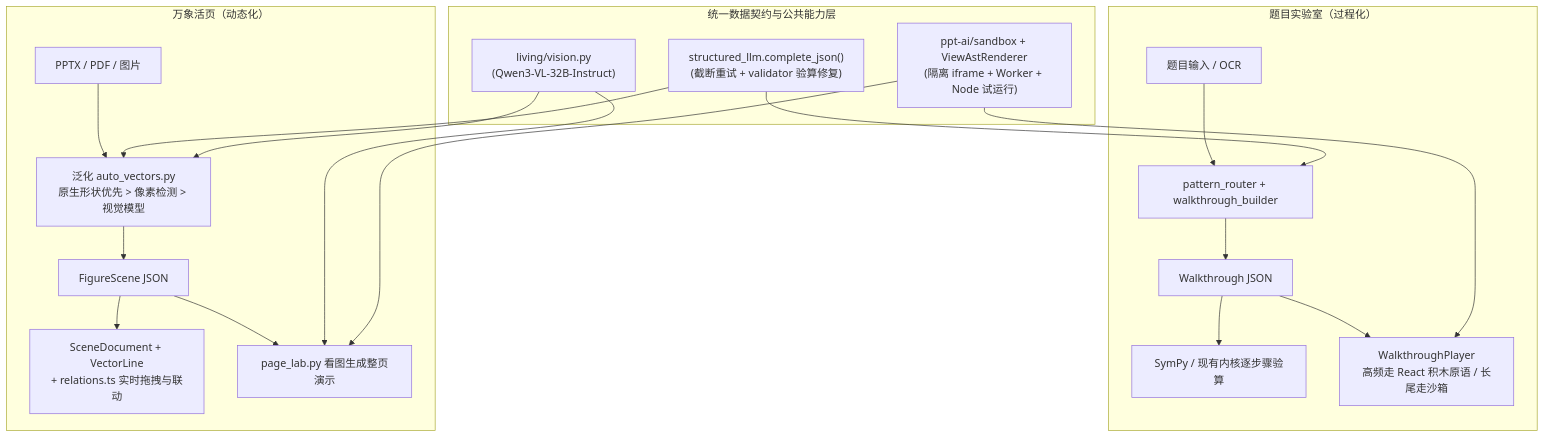
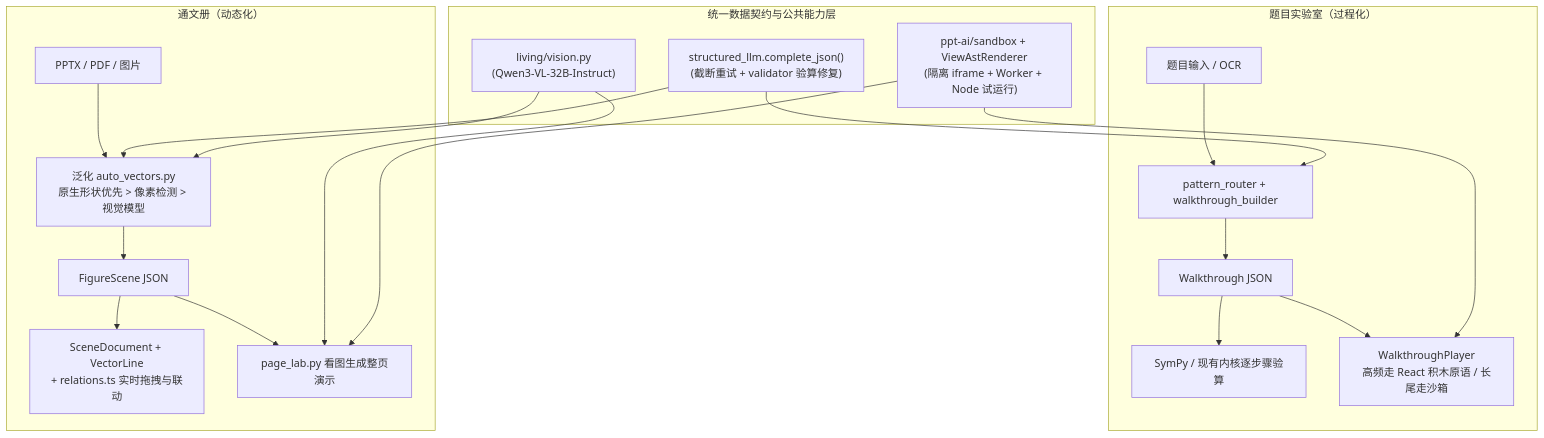
One commit to Roy3266566370/ICT changed the diagram in 万象改进实施方案-v3.md. Above: the diagram before and after it, drawn with Mermaid. The commit also changed other lines of this file and 339 other files, not shown here.

````diff
--- a/万象改进实施方案-v3.md
+++ b/万象改进实施方案-v3.md
@@ -14,29 +14,29 @@
 ```mermaid
 flowchart TB
   subgraph Shared["统一数据契约与公共能力层"]
     LLM["structured_llm.complete_json()<br/>(截断重试 + validator 验算修复)"]
     VL["living/vision.py<br/>(Qwen3-VL-32B-Instruct)"]
     SB["ppt-ai/sandbox + ViewAstRenderer<br/>(隔离 iframe + Worker + Node 试运行)"]
   end
 
   subgraph Lab["题目实验室（过程化）"]
     L1["题目输入 / OCR"] --> L2["pattern_router + walkthrough_builder"]
     L2 --> L3["Walkthrough JSON"]
     L3 --> L4["SymPy / 现有内核逐步骤验算"]
     L3 --> L5["WalkthroughPlayer<br/>高频走 React 积木原语 / 长尾走沙箱"]
   end
 
-  subgraph Living["万象活页（动态化）"]
+  subgraph Living["通文册（动态化）"]
     V1["PPTX / PDF / 图片"] --> V2["泛化 auto_vectors.py<br/>原生形状优先 > 像素检测 > 视觉模型"]
     V2 --> V3["FigureScene JSON"]
     V3 --> V4["SceneDocument + VectorLine<br/>+ relations.ts 实时拖拽与联动"]
     V3 --> V5["page_lab.py 看图生成整页演示"]
   end
 
   LLM --> L2
   LLM --> V2
   VL --> V2
   VL --> V5
   SB --> L5
   SB --> V5
 ```
````
